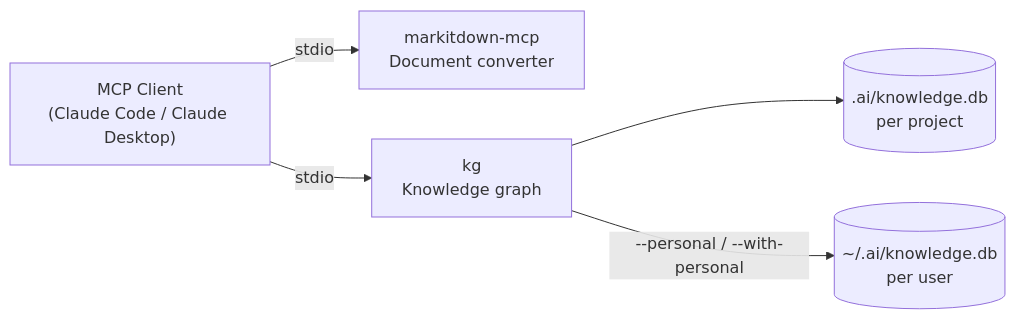
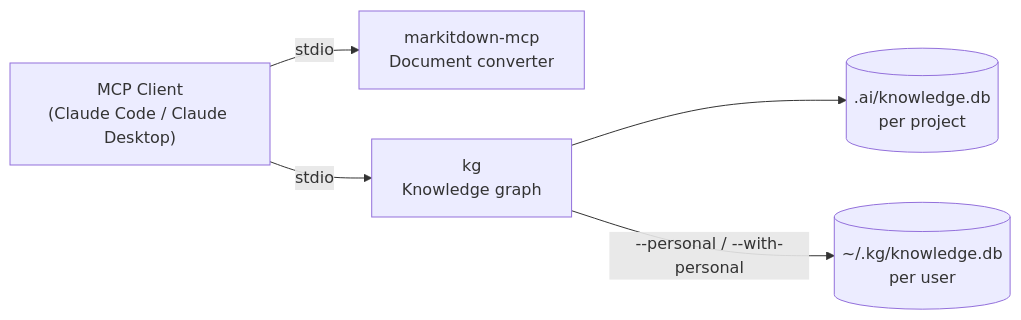
Before and after one commit to Cortexa-LLC/mcp: the diagram in README.md, drawn with Mermaid. The commit also changed 6 other files, not shown here.

````diff
--- a/README.md
+++ b/README.md
@@ -20,13 +20,13 @@
 ```mermaid
 graph LR
     Client["MCP Client\n(Claude Code / Claude Desktop)"]
     MD["markitdown-mcp\nDocument converter"]
     KG["kg\nKnowledge graph"]
     KGDB[(".ai/knowledge.db\nper project")]
-    PERSONAL[("~/.ai/knowledge.db\nper user")]
+    PERSONAL[("~/.kg/knowledge.db\nper user")]
 
     Client -->|stdio| MD
     Client -->|stdio| KG
     KG --> KGDB
     KG -->|"--personal / --with-personal"| PERSONAL
 ```
````
